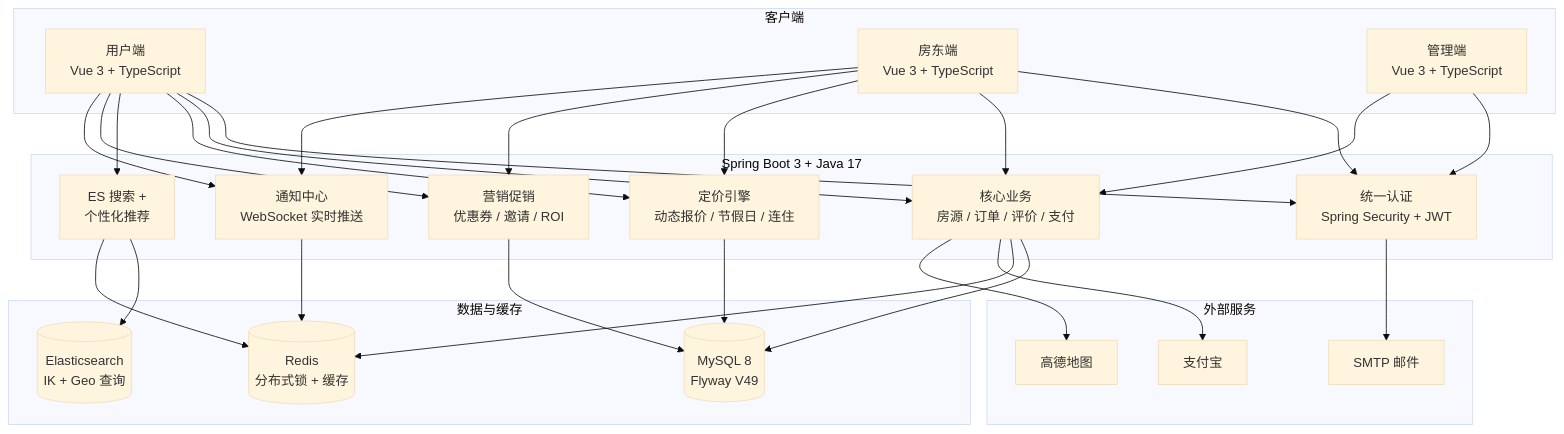
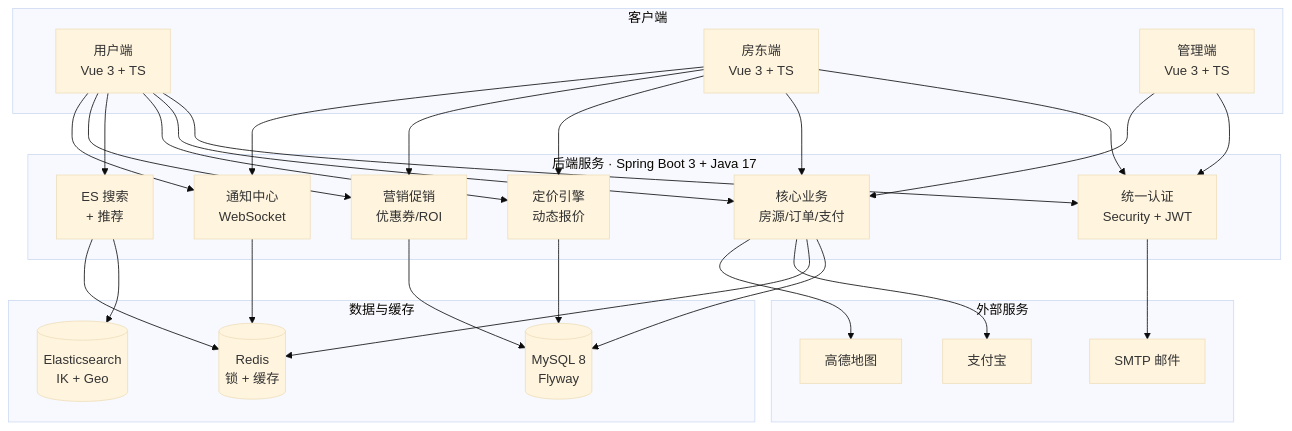
One commit to goaltang/homestay-booking-platform changed the second of 2 diagrams in README.md. Above: the diagram before and after it, drawn with Mermaid (base theme). The commit also changed 1 other file, not shown here.

Commit message:
fix(docs): 系统架构图 subgraph 改用英文 id，修复 GitHub 中文 id 渲染异常

````diff
--- a/README.md
+++ b/README.md
@@ -90,54 +90,54 @@
 ```mermaid
 graph TB
-    subgraph 客户端
-        F1[用户端<br/>Vue 3 + TypeScript]
-        F2[房东端<br/>Vue 3 + TypeScript]
-        F3[管理端<br/>Vue 3 + TypeScript]
+    subgraph C["客户端"]
+        F1[用户端<br/>Vue 3 + TS]
+        F2[房东端<br/>Vue 3 + TS]
+        F3[管理端<br/>Vue 3 + TS]
     end
 
-    subgraph 后端服务 [Spring Boot 3 + Java 17]
-        S1[统一认证<br/>Spring Security + JWT]
-        S2[核心业务<br/>房源 / 订单 / 评价 / 支付]
-        S3[定价引擎<br/>动态报价 / 节假日 / 连住]
-        S4[ES 搜索 +<br/>个性化推荐]
-        S5[营销促销<br/>优惠券 / 邀请 / ROI]
-        S6[通知中心<br/>WebSocket 实时推送]
+    subgraph B["后端服务 · Spring Boot 3 + Java 17"]
+        S1[统一认证<br/>Security + JWT]
+        S2[核心业务<br/>房源/订单/支付]
+        S3[定价引擎<br/>动态报价]
+        S4[ES 搜索<br/>+ 推荐]
+        S5[营销促销<br/>优惠券/ROI]
+        S6[通知中心<br/>WebSocket]
     end
 
-    subgraph 数据与缓存
-        D1[(MySQL 8<br/>Flyway V49)]
-        D2[(Redis<br/>分布式锁 + 缓存)]
-        D3[(Elasticsearch<br/>IK + Geo 查询)]
+    subgraph D["数据与缓存"]
+        D1[(MySQL 8<br/>Flyway)]
+        D2[(Redis<br/>锁 + 缓存)]
+        D3[(Elasticsearch<br/>IK + Geo)]
     end
 
-    subgraph 外部服务
+    subgraph E["外部服务"]
         E1[支付宝]
         E2[高德地图]
         E3[SMTP 邮件]
     end
 
     F1 --> S1
     F2 --> S1
     F3 --> S1
     F1 --> S2
     F2 --> S2
     F3 --> S2
     F1 --> S3
     F2 --> S3
     F1 --> S4
     F1 --> S5
     F2 --> S5
     F1 --> S6
     F2 --> S6
 
     S2 --> D1
     S3 --> D1
     S4 --> D3
     S4 --> D2
     S5 --> D1
     S6 --> D2
     S2 --> D2
     S2 --> E1
     S2 --> E2
     S1 --> E3
 ```
````
